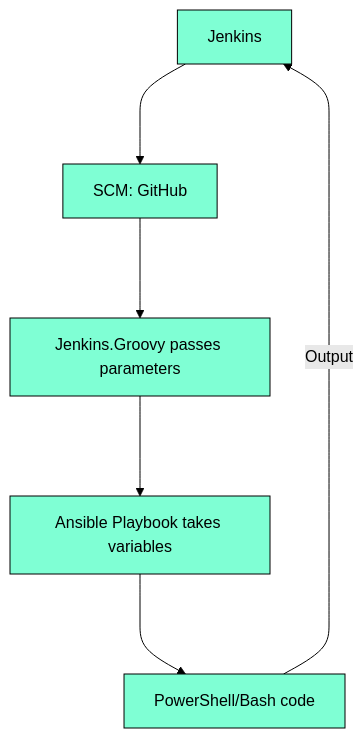
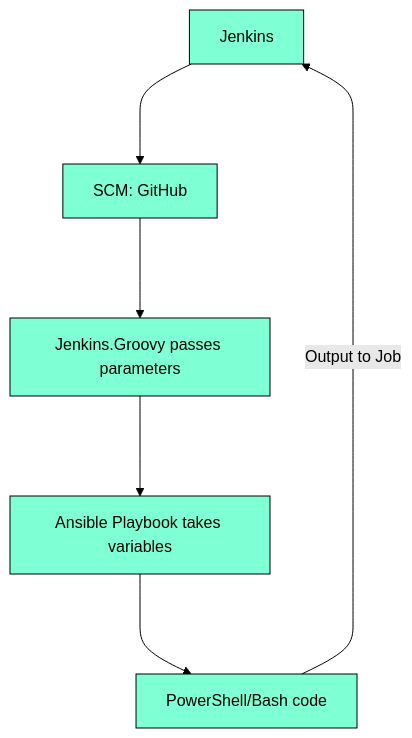
The second of 2 diagrams in README.md (Lifailon/Deploy-PS-Module), drawn with Mermaid (forest theme) before and after one commit.

Commit message:
test state

````diff
--- a/README.md
+++ b/README.md
@@ -15,11 +15,11 @@
 ```mermaid
 flowchart TD
     classDef class_color fill:#7FFFD4, stroke:#000, stroke-width:1px
     1[Jenkins]:::class_color
     2[SCM: GitHub]:::class_color
     3[Jenkins.Groovy passes parameters]:::class_color
     4[Ansible Playbook takes variables]:::class_color
     5[PowerShell/Bash code]:::class_color
     1--->2--->3--->4--->5
-    5--Output-->1
+    5--Output to Job-->1
 ```
````
